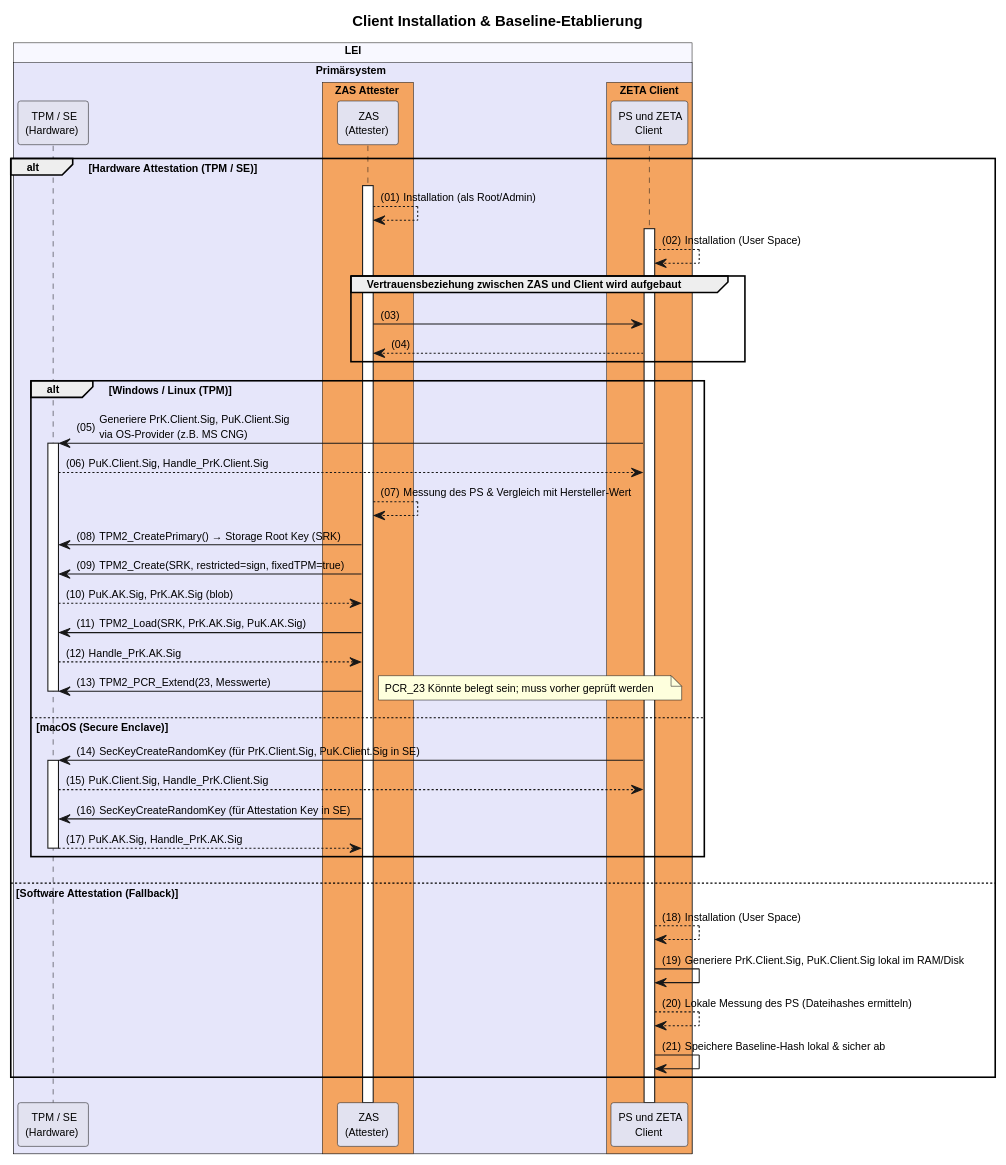
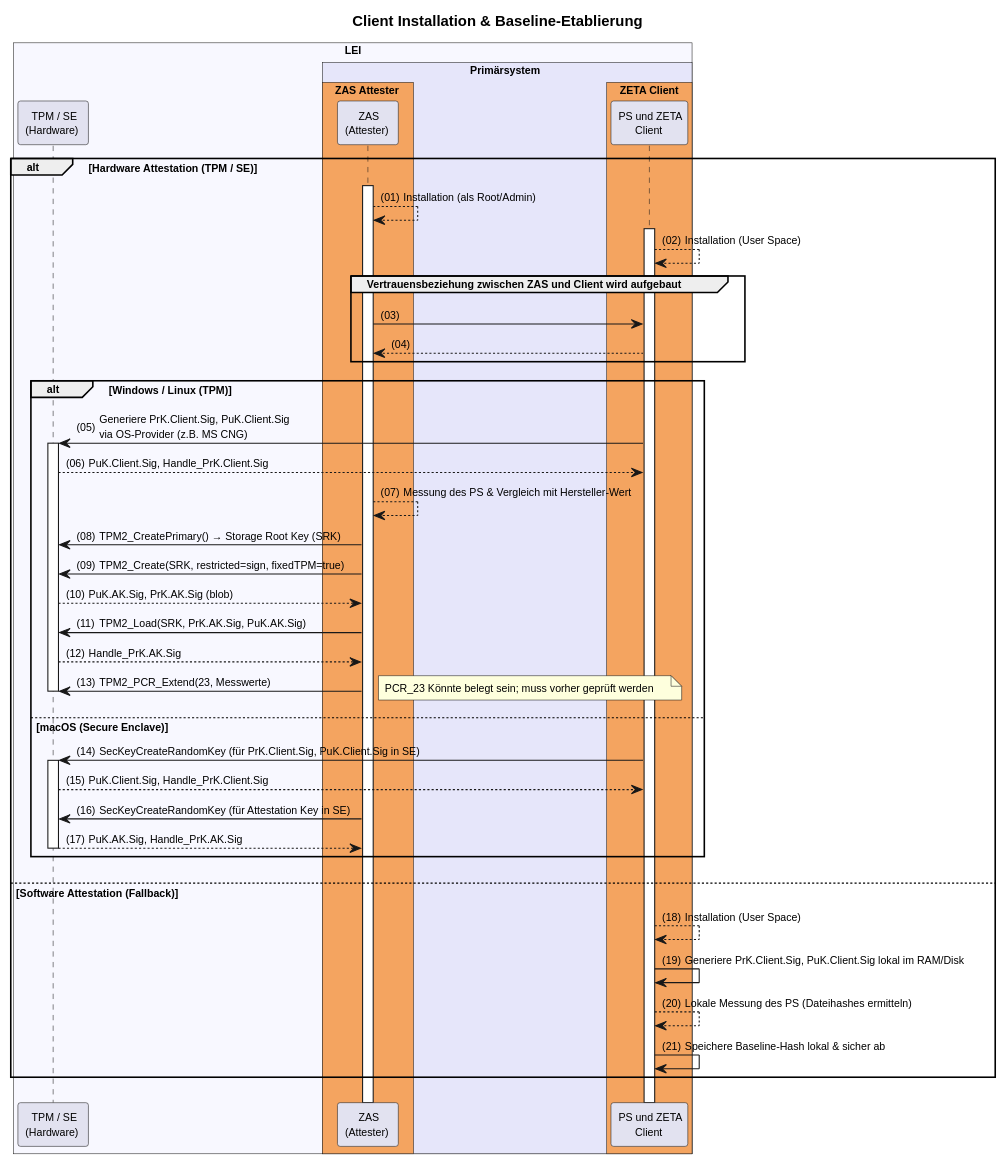
The diagram in src/plantuml/tmp/attestation-flows/client-installation.puml (gematik/zeta), drawn with PlantUML before and after one commit. The commit also changed 1 other file, not shown here.

```diff
--- a/src/plantuml/tmp/attestation-flows/client-installation.puml
+++ b/src/plantuml/tmp/attestation-flows/client-installation.puml
@@ -1,65 +1,64 @@
 @startuml "client-installation"
 autonumber "(00)"
 skinparam defaultFontSize 10
 skinparam defaultFontName Helvetica
 skinparam DefaultMonospacedFontName Courier
 skinparam lengthAdjust none
 skinparam sequenceReferenceBackgroundColor White
 skinparam SequenceReferenceFontSize 12
 skinparam sequenceMessageAlign left
 
 title Client Installation & Baseline-Etablierung
 
 !pragma teoz true
 
 box "LEI" #GhostWhite
+  participant "TPM / SE\n(Hardware)" as TPM
   box "Primärsystem" #Lavender
-    participant "TPM / SE\n(Hardware)" as TPM
-    box "ZAS Attester" #SandyBrown
+        box "ZAS Attester" #SandyBrown
         participant "ZAS\n(Attester)" as ZAS
     end box
     box "ZETA Client" #SandyBrown
         participant "PS und ZETA\nClient" as Client
     end box    
   end box
 end box
 
+alt Hardware Attestation (TPM / SE)
 
-
-alt Hardware Attestation (TPM / SE)
-    ZAS++
+    ZAS++    
     ZAS --> ZAS: Installation (als Root/Admin)
     Client++
     Client --> Client: Installation (User Space)
     group Vertrauensbeziehung zwischen ZAS und Client wird aufgebaut
         ZAS -> Client
         Client --> ZAS
     end
 
     alt Windows / Linux (TPM)
         Client -> TPM++: Generiere PrK.Client.Sig, PuK.Client.Sig\nvia OS-Provider (z.B. MS CNG)
         TPM --> Client: PuK.Client.Sig, Handle_PrK.Client.Sig
         ZAS --> ZAS: Messung des PS & Vergleich mit Hersteller-Wert
         ZAS -> TPM: TPM2_CreatePrimary() → Storage Root Key (SRK)
         ZAS -> TPM: TPM2_Create(SRK, restricted=sign, fixedTPM=true)
         TPM --> ZAS: PuK.AK.Sig, PrK.AK.Sig (blob)
         ZAS -> TPM: TPM2_Load(SRK, PrK.AK.Sig, PuK.AK.Sig)
         TPM --> ZAS: Handle_PrK.AK.Sig
         ZAS -> TPM: TPM2_PCR_Extend(23, Messwerte)
         note right: PCR_23 Könnte belegt sein; muss vorher geprüft werden 
         TPM--
     else macOS (Secure Enclave)
         Client -> TPM++: SecKeyCreateRandomKey (für PrK.Client.Sig, PuK.Client.Sig in SE)
         TPM --> Client: PuK.Client.Sig, Handle_PrK.Client.Sig
         ZAS -> TPM: SecKeyCreateRandomKey (für Attestation Key in SE)
         TPM --> ZAS--: PuK.AK.Sig, Handle_PrK.AK.Sig
     end
 
 else Software Attestation (Fallback)
     Client --> Client: Installation (User Space)
     Client -> Client: Generiere PrK.Client.Sig, PuK.Client.Sig lokal im RAM/Disk
     Client --> Client: Lokale Messung des PS (Dateihashes ermitteln)
     Client -> Client: Speichere Baseline-Hash lokal & sicher ab
 end
 
 @enduml
```
